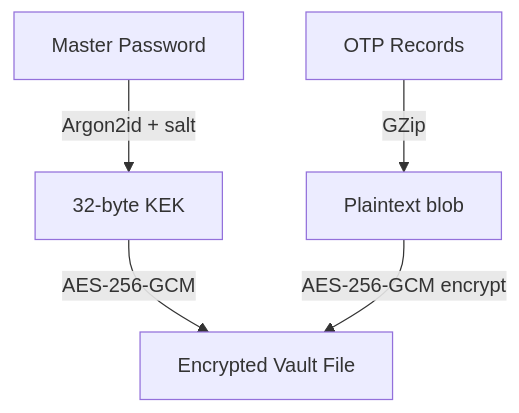
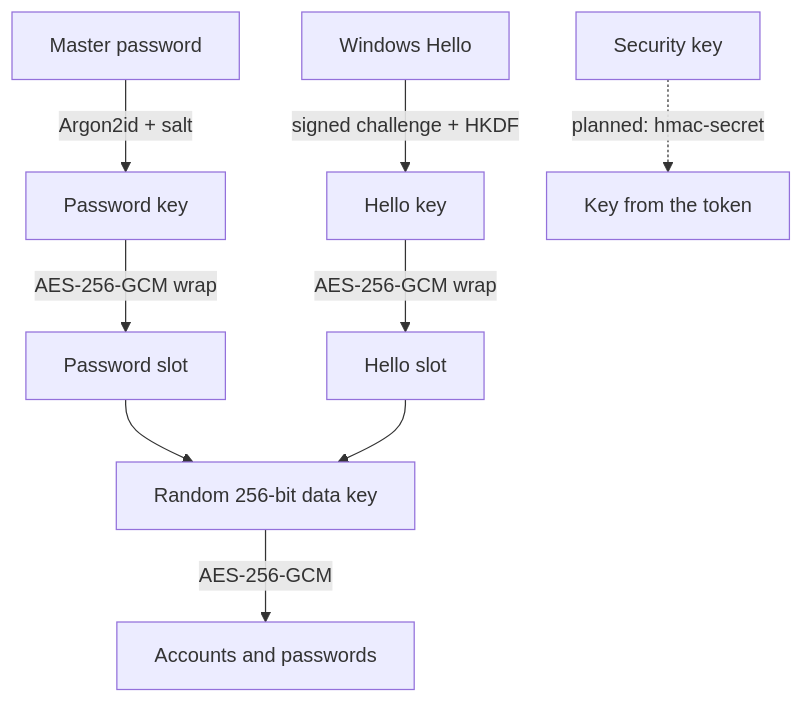
Before and after one commit to GabrielVergara/MasterSafeAuthenticator: the diagram in docs/Security.md, drawn with Mermaid. The commit also changed other lines of this file and 75 other files, not shown here.

````diff
--- a/docs/Security.md
+++ b/docs/Security.md
@@ -5,7 +8,11 @@
 ```mermaid
 flowchart TD
-    MP[Master Password] -->|Argon2id + salt| KEK[32-byte KEK]
-    KEK -->|AES-256-GCM| VAULT[Encrypted Vault File]
-    REC[OTP Records] -->|GZip| PT[Plaintext blob]
-    PT -->|AES-256-GCM encrypt| VAULT
+    MP[Master password] -->|Argon2id + salt| KEK1[Password key]
+    HELLO[Windows Hello] -->|signed challenge + HKDF| KEK2[Hello key]
+    FIDO[Security key] -.->|planned: hmac-secret| KEK3[Key from the token]
+    KEK1 -->|AES-256-GCM wrap| SLOT1[Password slot]
+    KEK2 -->|AES-256-GCM wrap| SLOT2[Hello slot]
+    SLOT1 --> DEK[Random 256-bit data key]
+    SLOT2 --> DEK
+    DEK -->|AES-256-GCM| VAULT[Accounts and passwords]
 ```
````
